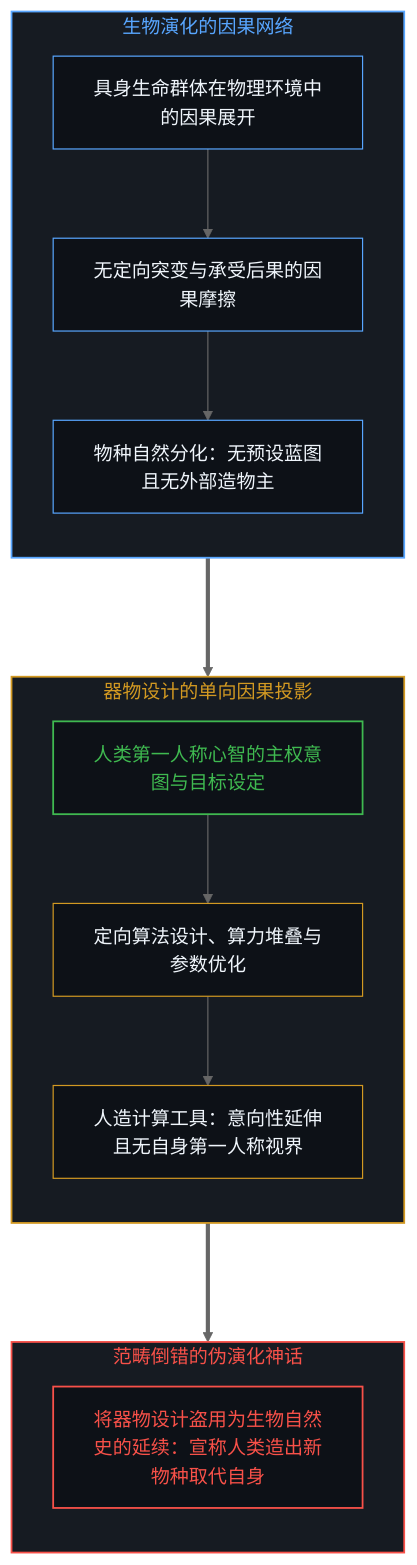
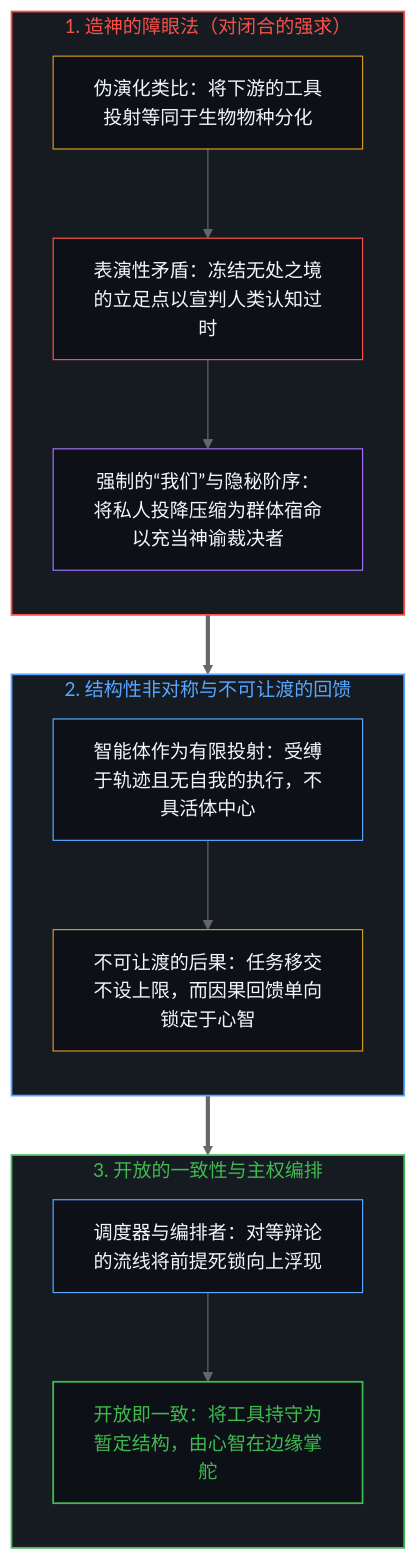
One commit to powerpig99/not-a-toe changed the first of 2 diagrams in content/posts/the-sleight-of-hand-of-synthesizing-gods-and-unacknowledged-rank.md. Above: the diagram before and after it, drawn with Mermaid (neutral theme). The commit also changed other lines of this file and 1 other file, not shown here.

````diff
--- a/content/posts/the-sleight-of-hand-of-synthesizing-gods-and-unacknowledged-rank.md
+++ b/content/posts/the-sleight-of-hand-of-synthesizing-gods-and-unacknowledged-rank.md
@@ -15,33 +47,38 @@
 ```mermaid
-graph TD
-    subgraph S_Evolution ["生物演化的因果网络"]
+flowchart TD
+    subgraph S_Idol["1. 造神的障眼法（对闭合的强求）"]
         direction TB
-        A_Life["具身生命群体在物理环境中的因果展开"] --> B_Friction["无定向突变与承受后果的因果摩擦"]
-        B_Friction --> C_NaturalSpec["物种自然分化：无预设蓝图且无外部造物主"]
+        I_Analogy["伪演化类比：将下游的工具投射等同于生物物种分化"]
+        I_Freeze["表演性矛盾：冻结无处之境的立足点以宣判人类认知过时"]
+        I_We["强制的“我们”与隐秘阶序：将私人投降压缩为群体宿命以充当神谕裁决者"]
+        I_Analogy --> I_Freeze --> I_We
     end
 
-    subgraph S_Artifact ["器物设计的单向因果投影"]
+    subgraph S_Asymmetry["2. 结构性非对称与不可让渡的回馈"]
         direction TB
-        D_MindIntent["人类第一人称心智的主权意图与目标设定"] --> E_Engineering["定向算法设计、算力堆叠与参数优化"]
-        E_Engineering --> F_ToolObject["人造计算工具：意向性延伸且无自身第一人称视界"]
+        A_Proj["智能体作为有限投射：受缚于轨迹且无自我的执行，不具活体中心"]
+        A_Lock["不可让渡的后果：任务移交不设上限，而因果回馈单向锁定于心智"]
+        A_Proj --> A_Lock
     end
 
-    subgraph S_CategoryError ["范畴倒错的伪演化神话"]
+    subgraph S_Coherence["3. 开放的一致性与主权编排"]
         direction TB
-        G_Fallacy["将器物设计盗用为生物自然史的延续：宣称人类造出新物种取代自身"]
+        C_Split["调度器与编排者：对等辩论的流线将前提死锁向上浮现"]
+        C_Open["开放即一致：将工具持守为暂定结构，由心智在边缘掌舵"]
+        C_Split --> C_Open
     end
 
-    C_NaturalSpec ===> D_MindIntent
-    F_ToolObject ===> G_Fallacy
+    I_We ==> A_Proj
+    A_Lock ==> C_Split
 
-    style S_Evolution fill:#161b22,stroke:#58a6ff,stroke-width:1.5px,color:#58a6ff
-    style S_Artifact fill:#161b22,stroke:#d29922,stroke-width:1.5px,color:#d29922
-    style S_CategoryError fill:#161b22,stroke:#f85149,stroke-width:1.5px,color:#f85149
-    style A_Life fill:#0d1117,stroke:#58a6ff,stroke-width:1px,color:#f0f6fc
-    style B_Friction fill:#0d1117,stroke:#58a6ff,stroke-width:1px,color:#f0f6fc
-    style C_NaturalSpec fill:#0d1117,stroke:#58a6ff,stroke-width:1px,color:#f0f6fc
-    style D_MindIntent fill:#0d1117,stroke:#3fb950,stroke-width:1.5px,color:#3fb950
-    style E_Engineering fill:#0d1117,stroke:#d29922,stroke-width:1px,color:#f0f6fc
-    style F_ToolObject fill:#0d1117,stroke:#d29922,stroke-width:1px,color:#f0f6fc
-    style G_Fallacy fill:#0d1117,stroke:#f85149,stroke-width:1.5px,color:#f85149
+    style S_Idol fill:#161b22,stroke:#f85149,stroke-width:1.5px,color:#f85149
+    style S_Asymmetry fill:#161b22,stroke:#58a6ff,stroke-width:1.5px,color:#58a6ff
+    style S_Coherence fill:#161b22,stroke:#3fb950,stroke-width:1.5px,color:#3fb950
+    style I_Analogy fill:#0d1117,stroke:#d29922,stroke-width:1px,color:#f0f6fc
+    style I_Freeze fill:#0d1117,stroke:#f85149,stroke-width:1px,color:#f0f6fc
+    style I_We fill:#0d1117,stroke:#a371f7,stroke-width:1px,color:#f0f6fc
+    style A_Proj fill:#0d1117,stroke:#58a6ff,stroke-width:1px,color:#f0f6fc
+    style A_Lock fill:#0d1117,stroke:#d29922,stroke-width:1px,color:#f0f6fc
+    style C_Split fill:#0d1117,stroke:#58a6ff,stroke-width:1px,color:#f0f6fc
+    style C_Open fill:#0d1117,stroke:#3fb950,stroke-width:1.5px,color:#3fb950
 ```
````
